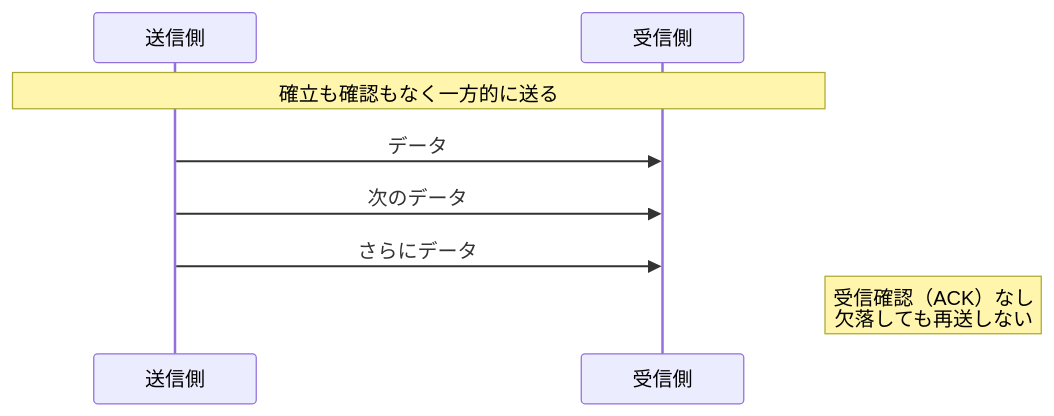
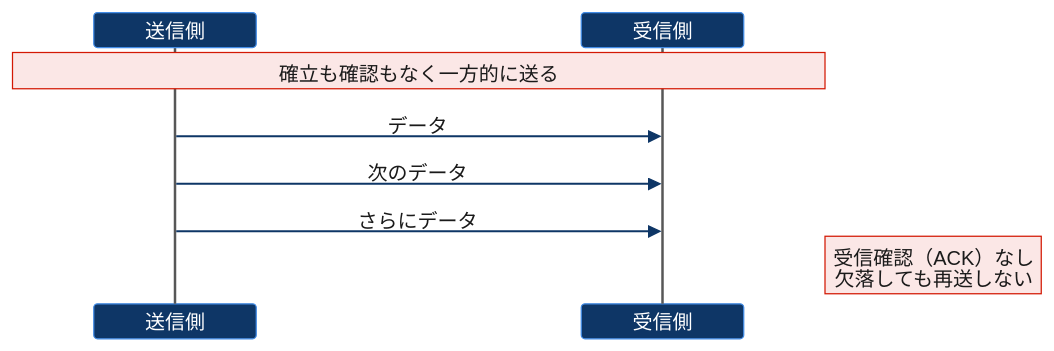
One commit to RyoNakagami/regmonkey-presentation changed the second of 4 diagrams in posts/2026-06-16-computer-network/index.qmd. Above: the diagram before and after it, drawn with Mermaid. The commit also changed other lines of this file and 25 other files, not shown here.

````diff
--- a/posts/2026-06-16-computer-network/index.qmd
+++ b/posts/2026-06-16-computer-network/index.qmd
@@ -656,27 +685,49 @@
 ```{mermaid}
 %%| fig-width: 8
-%%{ init: {
-    'theme': 'default',
+%%{
+  init: {
+    'theme': 'base',
     'themeVariables': {
-        'fontFamily': 'Meiryo'
+      'fontFamily': 'Meiryo',
+      'primaryColor': '#E8F1FE',
+      'primaryTextColor': '#1A1A1A',
+      'primaryBorderColor': '#428CE6',
+      'secondaryColor': '#B4D7FF',
+      'tertiaryColor': '#E8F1FE',
+      'noteBkgColor': '#FBE7E6',
+      'noteTextColor': '#1A1A1A',
+      'noteBorderColor': '#D31804',
+      'activationBorderColor': '#0E3666',
+      'activationBkgColor': '#B4D7FF',
+      'sequenceNumberColor': '#FFFFFF',
+      'actorBkg': '#0E3666',
+      'actorTextColor': '#FFFFFF',
+      'actorLineColor': '#575757',
+      'labelBoxBkgColor': '#E8F1FE',
+      'labelBoxBorderColor': '#428CE6',
+      'labelTextColor': '#0E3666',
+      'loopTextColor': '#0E3666',
+      'signalColor': '#0E3666',
+      'signalTextColor': '#1A1A1A'
     },
     'sequence': {
-        'useMaxWidth': true,
-        'actorMargin': 260,
-        'width': 130,
-        'height': 40,
-        'boxMargin': 8,
-        'boxTextMargin': 4,
-        'noteMargin': 6,
-        'messageMargin': 18
+      'useMaxWidth': true,
+      'actorMargin': 260,
+      'width': 130,
+      'height': 28,
+      'boxMargin': 4,
+      'boxTextMargin': 3,
+      'noteMargin': 6,
+      'messageMargin': 18
     }
-} }%%
+  }
+}%%
 sequenceDiagram
     participant C as 送信側
     participant S as 受信側
     Note over C,S: 確立も確認もなく一方的に送る
     C->>S: データ
     C->>S: 次のデータ
     C->>S: さらにデータ
     Note right of S: 受信確認（ACK）なし<br/>欠落しても再送しない
 ```
````
